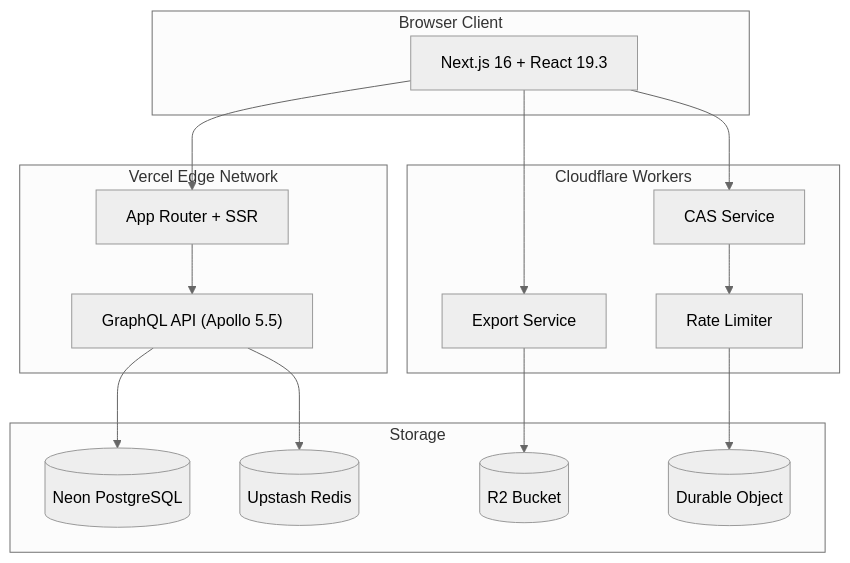
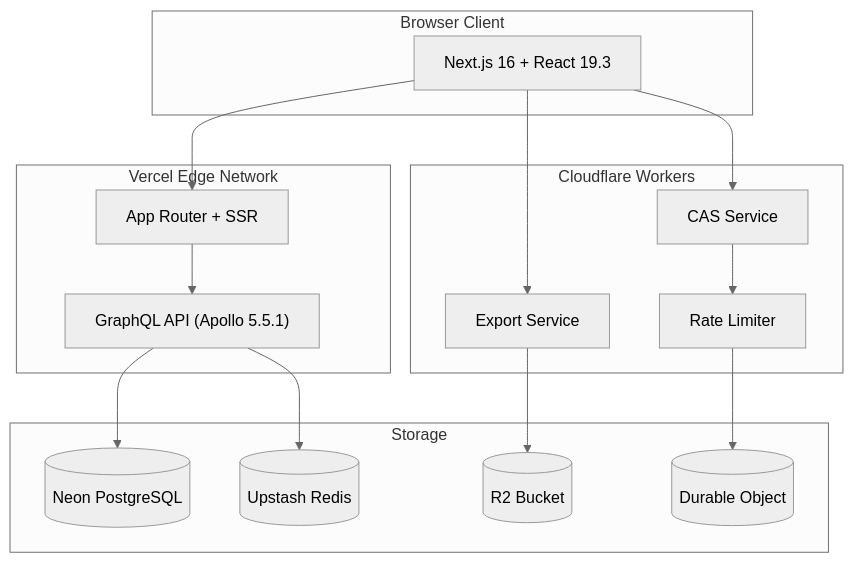
Before and after one commit to ABCrimson/NextCalc: the first of 4 diagrams in ARCHITECTURE.md, drawn with Mermaid (neutral theme). The commit also changed other lines of this file and 26 other files, not shown here.

````diff
--- a/ARCHITECTURE.md
+++ b/ARCHITECTURE.md
@@ -5,30 +5,30 @@
 ```mermaid
 graph TB
     subgraph Client["Browser Client"]
         A["Next.js 16 + React 19.3"]
     end
     subgraph Vercel["Vercel Edge Network"]
         B["App Router + SSR"]
-        C["GraphQL API (Apollo 5.5)"]
+        C["GraphQL API (Apollo 5.5.1)"]
     end
     subgraph CF["Cloudflare Workers"]
         D["CAS Service"]
         E["Export Service"]
         F["Rate Limiter"]
     end
     subgraph Storage
         G[("Neon PostgreSQL")]
         H[("Upstash Redis")]
         I[("R2 Bucket")]
         J[("Durable Object")]
     end
     A --> B
     A --> D
     A --> E
     B --> C
     C --> G
     C --> H
     D --> F
     E --> I
     F --> J
 ```
````
